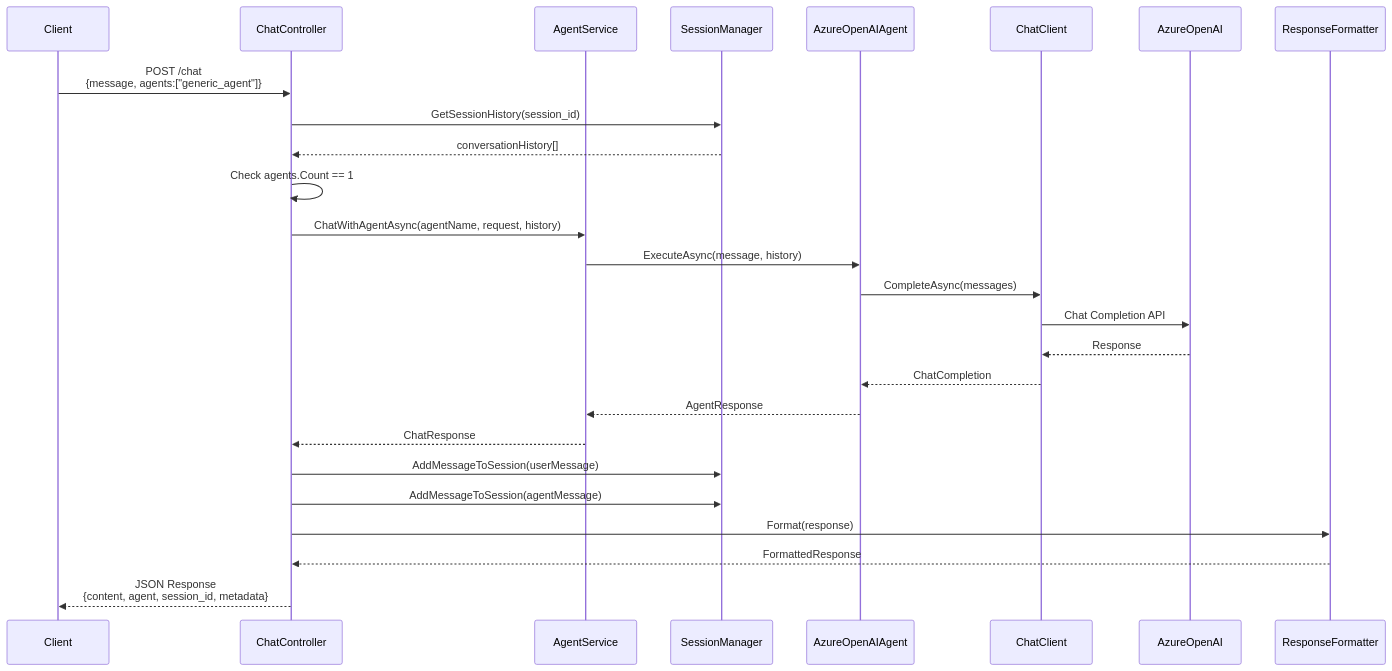
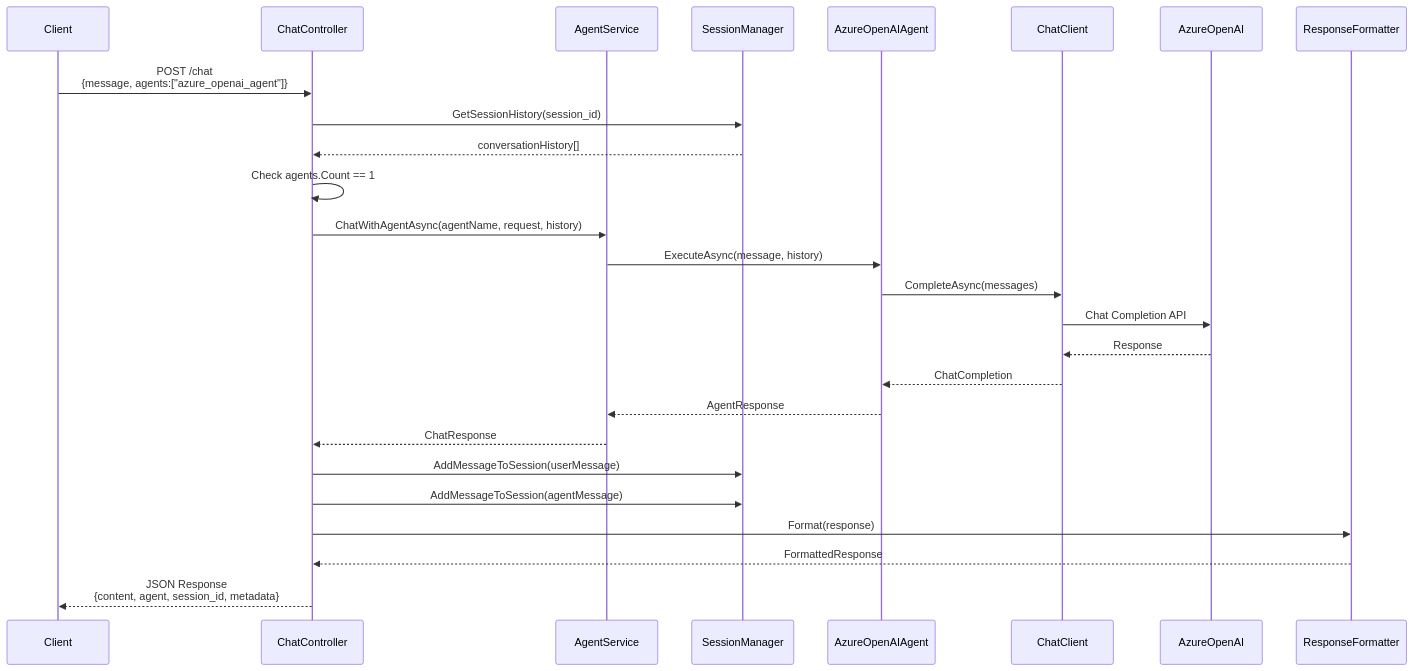
Before and after one commit to nhcloud/agentframework-workshop: the second of 8 diagrams in Backend/dotnet/README.md, drawn with Mermaid. The commit also changed other lines of this file and 19 other files, not shown here.

````diff
--- a/Backend/dotnet/README.md
+++ b/Backend/dotnet/README.md
@@ -94,35 +94,35 @@
 ```mermaid
 sequenceDiagram
     participant Client
     participant ChatController
     participant AgentService
     participant SessionManager
     participant AzureOpenAIAgent
     participant ChatClient
     participant AzureOpenAI
     participant ResponseFormatter
 
-    Client->>ChatController: POST /chat<br/>{message, agents:["generic_agent"]}
+    Client->>ChatController: POST /chat<br/>{message, agents:["azure_openai_agent"]}
     ChatController->>SessionManager: GetSessionHistory(session_id)
     SessionManager-->>ChatController: conversationHistory[]
     
     ChatController->>ChatController: Check agents.Count == 1
     ChatController->>AgentService: ChatWithAgentAsync(agentName, request, history)
     
     AgentService->>AzureOpenAIAgent: ExecuteAsync(message, history)
     AzureOpenAIAgent->>ChatClient: CompleteAsync(messages)
     ChatClient->>AzureOpenAI: Chat Completion API
     AzureOpenAI-->>ChatClient: Response
     ChatClient-->>AzureOpenAIAgent: ChatCompletion
     AzureOpenAIAgent-->>AgentService: AgentResponse
     
     AgentService-->>ChatController: ChatResponse
     
     ChatController->>SessionManager: AddMessageToSession(userMessage)
     ChatController->>SessionManager: AddMessageToSession(agentMessage)
     
     ChatController->>ResponseFormatter: Format(response)
     ResponseFormatter-->>ChatController: FormattedResponse
     
     ChatController-->>Client: JSON Response<br/>{content, agent, session_id, metadata}
 ```
````
